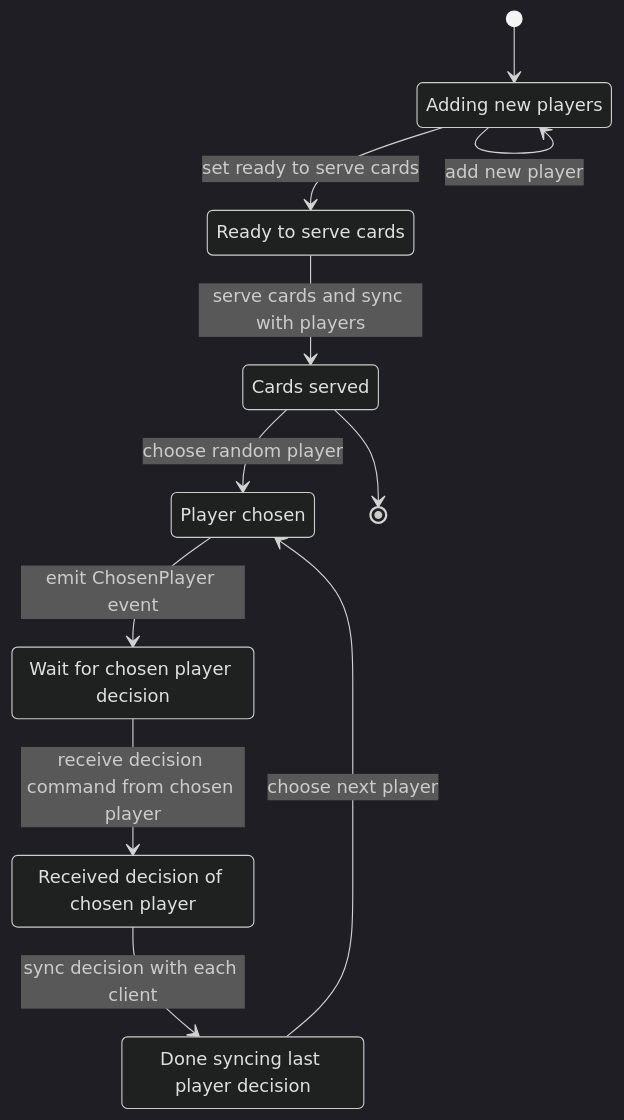
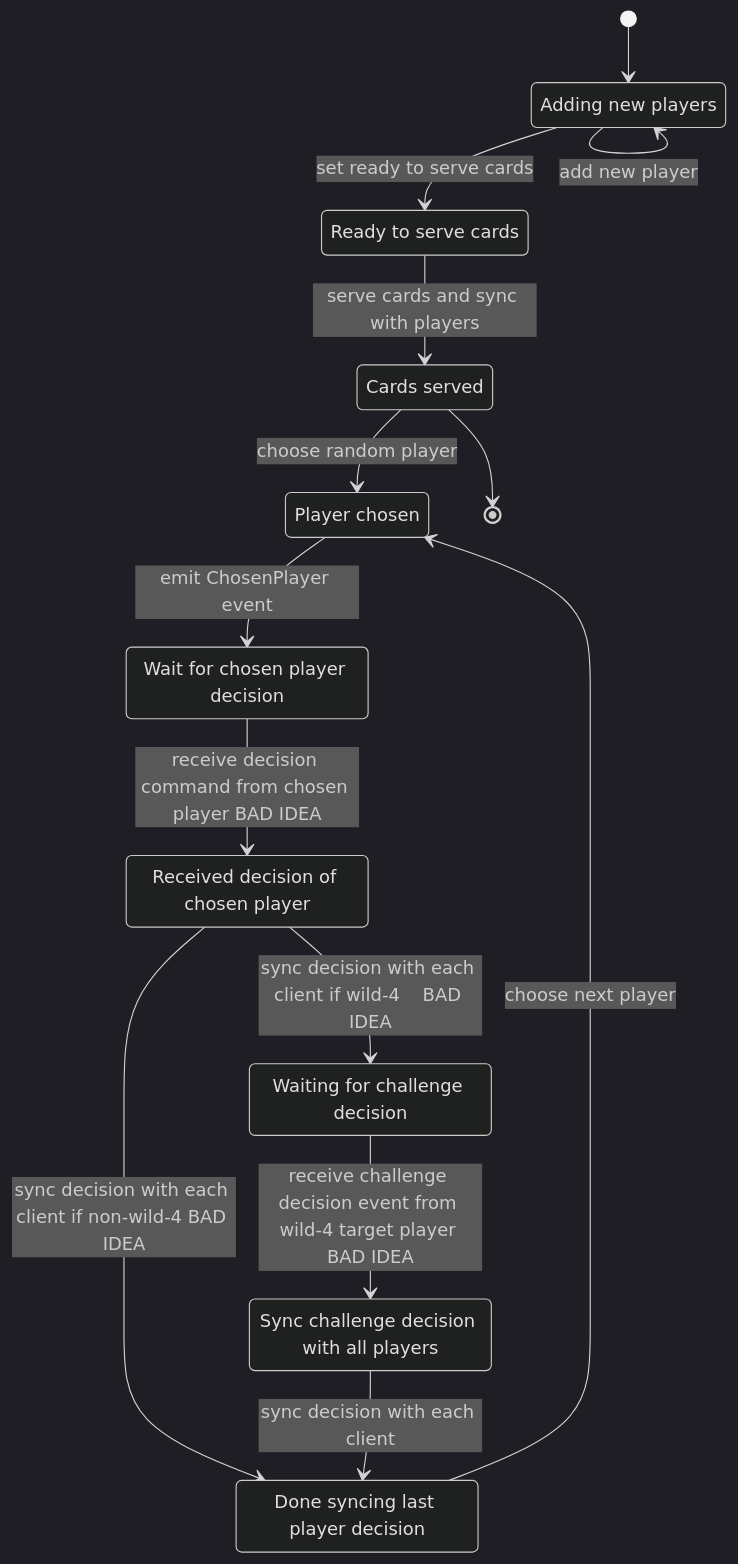
Before and after one commit to nrawrx3/uknow: the first of 3 diagrams in design.md, drawn with Mermaid (dark theme). The commit also changed other lines of this file and 17 other files, not shown here.

````diff
--- a/design.md
+++ b/design.md
@@ -43,36 +43,46 @@
 ```mermaid
 stateDiagram-v2
 	[*] --> s0
 
 	state "Adding new players" as s0
 
 	state "Ready to serve cards" as s1
 
 	state "Cards served" as s2
 
 	state "Player chosen" as s3
 
 	state "Wait for chosen player decision" as s4
 
 	state "Received decision of chosen player" as s5
 
 	state "Done syncing last player decision" as s6
 
+	state "Waiting for challenge decision" as s8
+
+	state "Sync challenge decision with all players" as s9
+
 	s0 --> s0: add new player
 
 	s0 --> s1: set ready to serve cards
 
 	s1 --> s2: serve cards and sync with players
 
 	s2 --> s3: choose random player
 
 	s3 --> s4: emit ChosenPlayer event
 
-	s4 --> s5: receive decision command from chosen player
+	s4 --> s5: receive decision command from chosen player BAD IDEA
 
-	s5 --> s6: sync decision with each client
+	s5 --> s6: sync decision with each client if non-wild-4 BAD IDEA
+
+	s5 --> s8: sync decision with each client if wild-4    BAD IDEA
+
+	s8 --> s9: receive challenge decision event from wild-4 target player BAD IDEA
+
+	s9 --> s6: sync decision with each client
 
 	s6 --> s3: choose next player
 
 	s2 --> [*]
 ```
````
